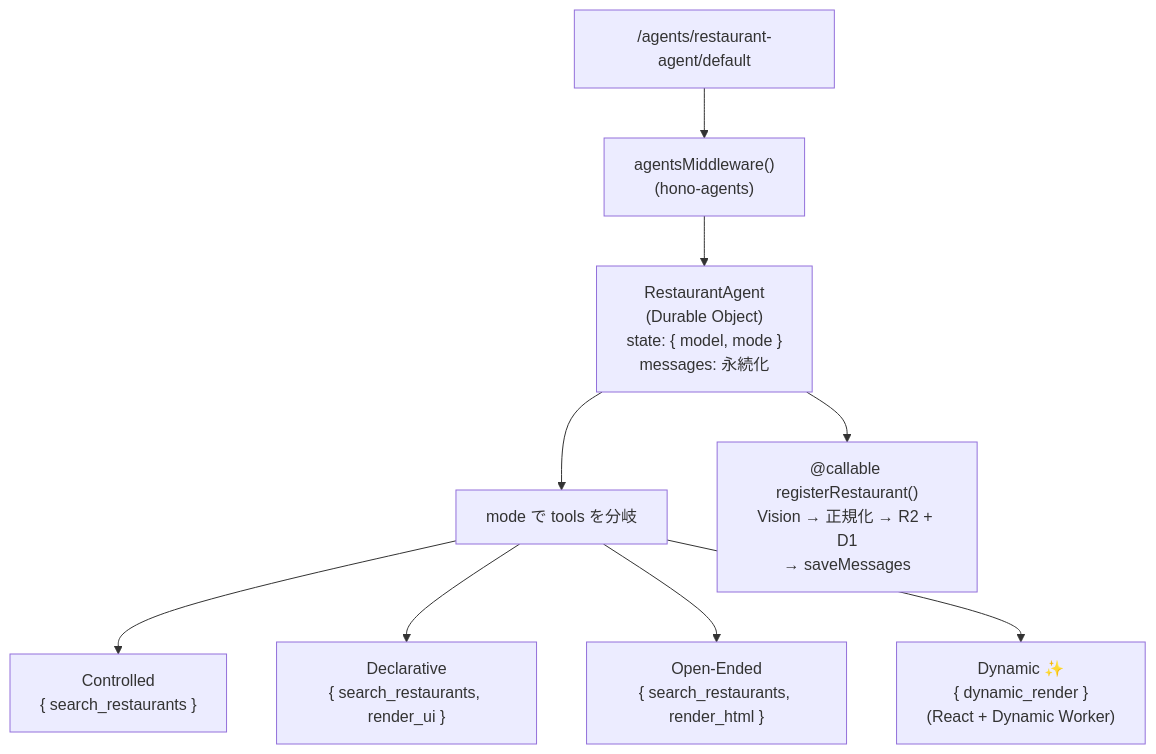
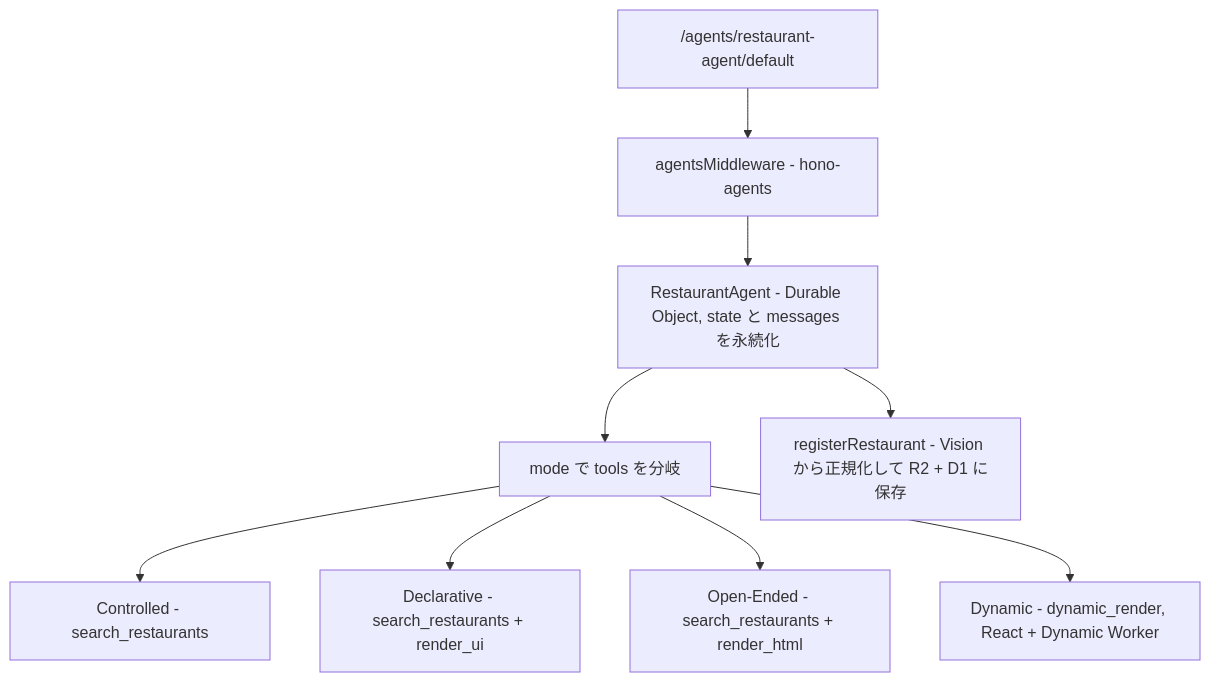
Before and after one commit to yusukebe/generative-ui-playground: the third of 5 diagrams in README.md, drawn with Mermaid. The commit also changed other lines of this file, not shown here.

First line of the commit message:
fix(README): mermaid flowchart のラベルから特殊文字を除去

````diff
--- a/README.md
+++ b/README.md
@@ -100,11 +100,11 @@
 ```mermaid
 flowchart TB
-  Route["/agents/restaurant-agent/default"] --> Mid["agentsMiddleware()<br/>(hono-agents)"]
-  Mid --> Agent["RestaurantAgent<br/>(Durable Object)<br/>state: { model, mode }<br/>messages: 永続化"]
+  Route["/agents/restaurant-agent/default"] --> Mid["agentsMiddleware - hono-agents"]
+  Mid --> Agent["RestaurantAgent - Durable Object, state と messages を永続化"]
   Agent --> Sw["mode で tools を分岐"]
-  Sw --> Ctl["Controlled<br/>{ search_restaurants }"]
-  Sw --> Dcl["Declarative<br/>{ search_restaurants, render_ui }"]
-  Sw --> Oe["Open-Ended<br/>{ search_restaurants, render_html }"]
-  Sw --> Dy["Dynamic ✨<br/>{ dynamic_render }<br/>(React + Dynamic Worker)"]
-  Agent --> Reg["@callable registerRestaurant()<br/>Vision → 正規化 → R2 + D1<br/>→ saveMessages"]
+  Sw --> Ctl["Controlled - search_restaurants"]
+  Sw --> Dcl["Declarative - search_restaurants + render_ui"]
+  Sw --> Oe["Open-Ended - search_restaurants + render_html"]
+  Sw --> Dy["Dynamic - dynamic_render, React + Dynamic Worker"]
+  Agent --> Reg["registerRestaurant - Vision から正規化して R2 + D1 に保存"]
 ```
````
